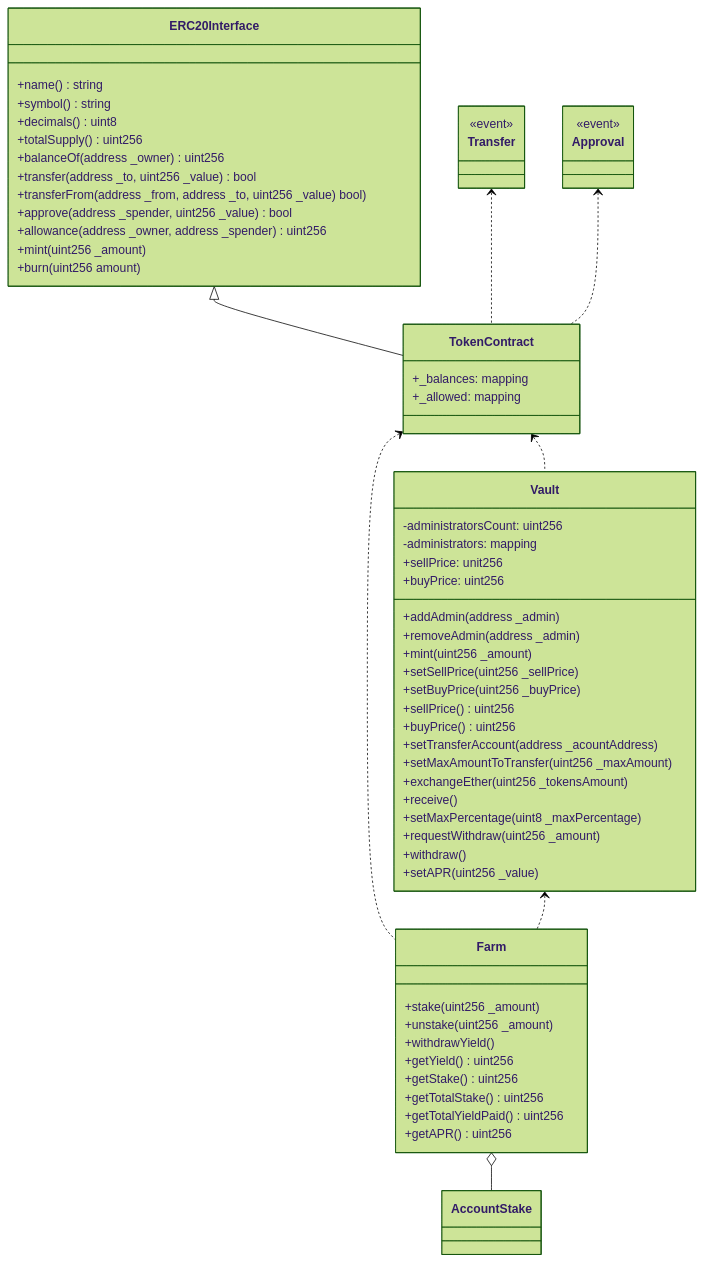
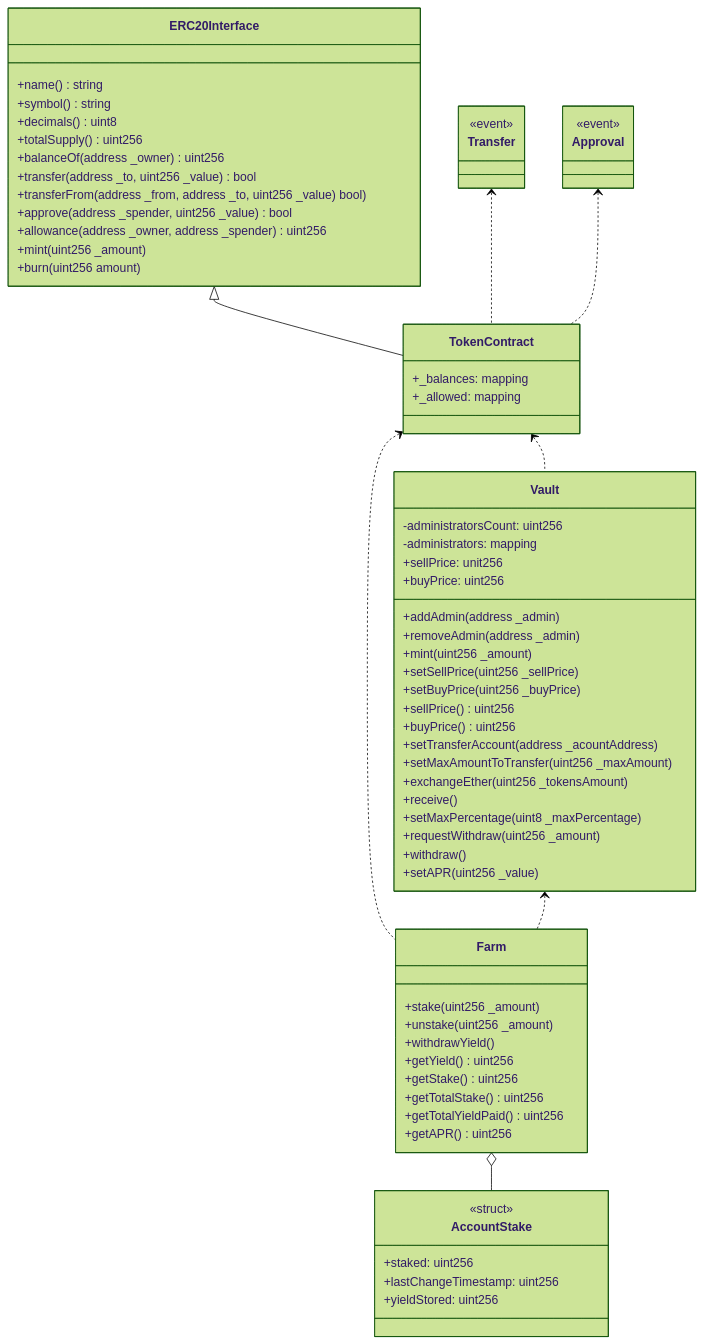
Before and after one commit to ramigonzalez/staking-platform: the diagram in Documents/Contracts.md, drawn with Mermaid (forest theme).

Commit message:
Add missing attributes to AccountStake

````diff
--- a/Documents/Contracts.md
+++ b/Documents/Contracts.md
@@ -3,74 +3,79 @@
 ```mermaid
 classDiagram
 
 ERC20Interface <|-- TokenContract
 TokenContract <.. Farm
 Vault <.. Farm
 TokenContract <.. Vault
 Transfer <.. TokenContract
 Approval <.. TokenContract
 Farm o-- AccountStake
-
-
 
 class ERC20Interface {
     +name() string
     +symbol() string
     +decimals() uint8
     +totalSupply() uint256
     +balanceOf(address _owner) uint256
     +transfer(address _to, uint256 _value) bool
     +transferFrom(address _from, address _to, uint256 _value) bool)
     +approve(address _spender, uint256 _value) bool
     +allowance(address _owner, address _spender) uint256
     +mint(uint256 _amount)
     +burn(uint256 amount)
 }
 
 class TokenContract {
     +_balances: mapping
     +_allowed: mapping
 }
 
 class Transfer {
     <<event>>
 }
 
 class Approval {
     <<event>>
 }
 
 class Vault {
     -administratorsCount: uint256
     -administrators: mapping
     +sellPrice: unit256
     +buyPrice: uint256
     
     +addAdmin(address _admin)
     +removeAdmin(address _admin)
     +mint(uint256 _amount)
     +setSellPrice(uint256 _sellPrice)
     +setBuyPrice(uint256 _buyPrice)
     +sellPrice() uint256
     +buyPrice() uint256
     +setTransferAccount(address _acountAddress) 
     +setMaxAmountToTransfer(uint256 _maxAmount)
     +exchangeEther(uint256 _tokensAmount)
     +receive()
     +setMaxPercentage(uint8 _maxPercentage)
     +requestWithdraw(uint256 _amount)
     +withdraw()
     +setAPR(uint256 _value)
 }
 
 class Farm {
     +stake(uint256 _amount)
     +unstake(uint256 _amount)
     +withdrawYield()
     +getYield() uint256
     +getStake() uint256
     +getTotalStake() uint256 
     +getTotalYieldPaid() uint256
     +getAPR() uint256
 }
+
+class AccountStake {
+    <<struct>>
+    +staked: uint256
+    +lastChangeTimestamp: uint256
+    +yieldStored: uint256
+}
 ```
````
